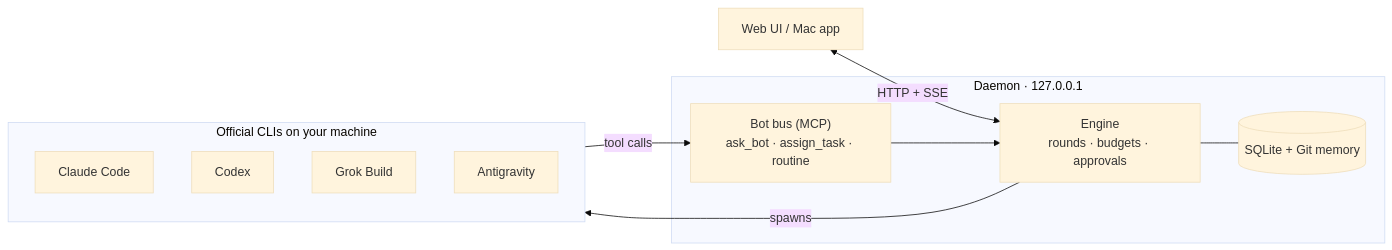
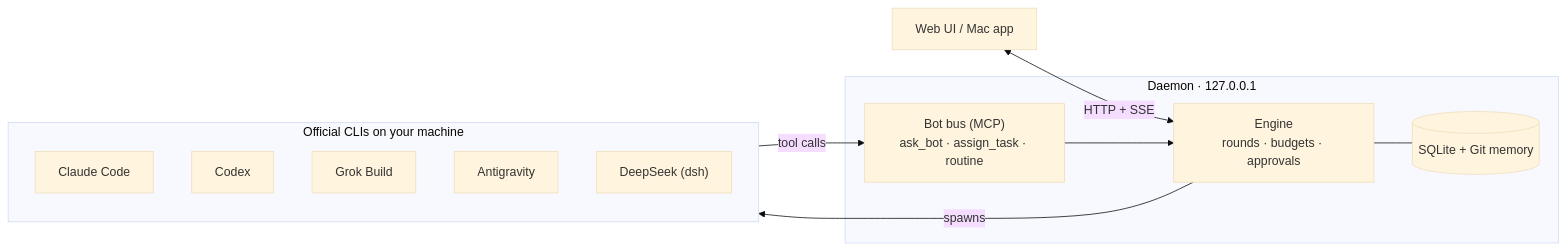
The diagram in README.md (zxyalone/bot-platform), drawn with Mermaid (base theme) before and after one commit. The commit also changed other lines of this file and 14 other files, not shown here.

First line of the commit message:
接入 DeepSeek（dsh）：账号与 API key 两种用法

````diff
--- a/README.md
+++ b/README.md
@@ -142,20 +145,21 @@
 ```mermaid
 flowchart LR
     UI["Web UI / Mac app"] <-- "HTTP + SSE" --> ENG
     subgraph daemon ["Daemon · 127.0.0.1"]
         ENG["Engine<br/>rounds · budgets · approvals"]
         BUS["Bot bus (MCP)<br/>ask_bot · assign_task · routine"]
         DB[("SQLite + Git memory")]
         BUS --> ENG
         ENG --- DB
     end
     ENG -- spawns --> agents
     subgraph agents ["Official CLIs on your machine"]
         direction TB
         C["Claude Code"]
         X["Codex"]
         G["Grok Build"]
         Y["Antigravity"]
+        D["DeepSeek (dsh)"]
     end
     agents -- "tool calls" --> BUS
 ```
````
